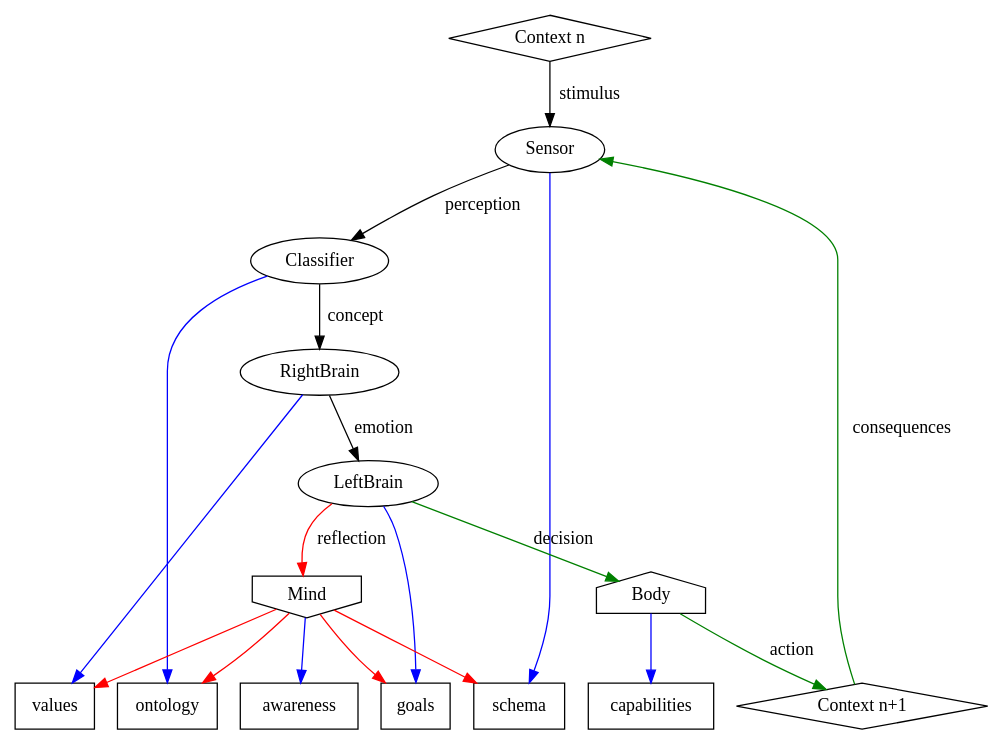
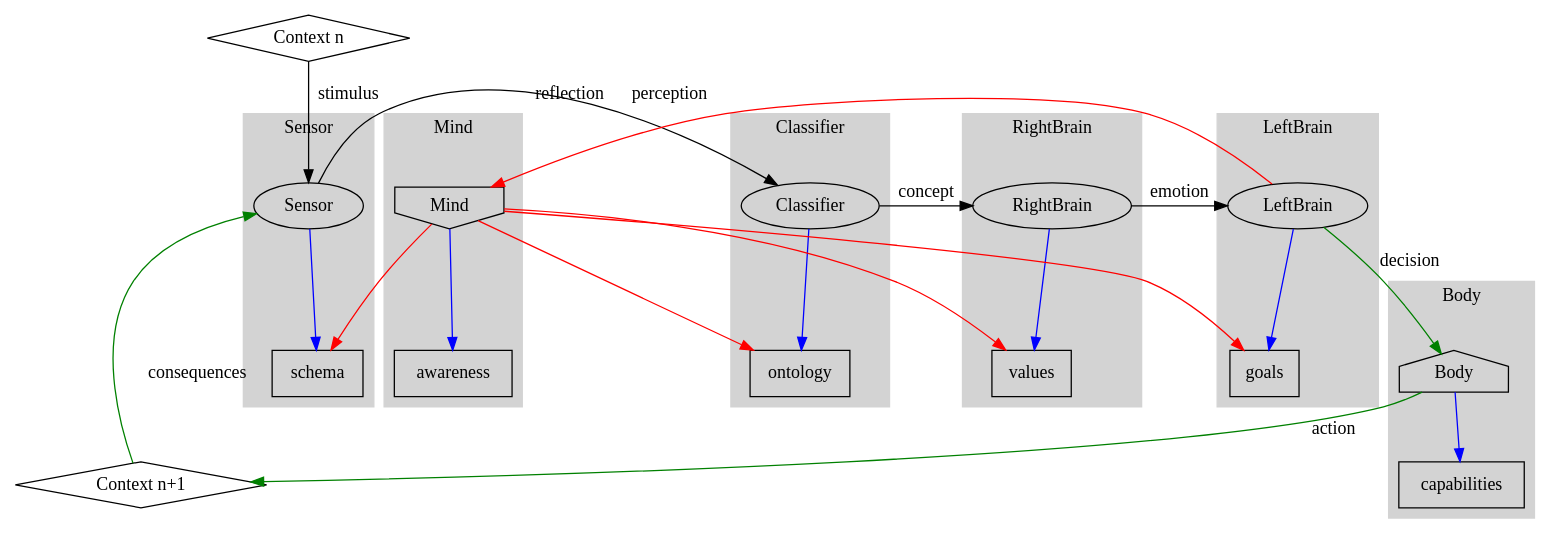
The diagram in doc/wisdom.DOT (TheSwanFactory/hclang), drawn with Graphviz before and after one commit. The commit also changed 1 other file, not shown here.

```diff
--- a/doc/wisdom.DOT
+++ b/doc/wisdom.DOT
@@ -1,41 +1,88 @@
 digraph WisdomIntegrationPipeline {
     rankdir=TB;
 
+    // Outer cluster for Context and Sensor
+    subgraph cluster_Sensor {
+        label = "Sensor";
+        style = "filled";
+        color = "lightgrey";
+
+        Sensor [label="Sensor"];
+        schema [label="schema", shape="box"];
+        Sensor -> schema [color="blue"];
+    }
+
+    // Outer cluster for Classifier and Ontology
+    subgraph cluster_Classifier {
+        label = "Classifier";
+        style = "filled";
+        color = "lightgrey";
+
+        Classifier [label="Classifier"];
+        ontology [label="ontology", shape="box"];
+        Classifier -> ontology [color="blue"];
+    }
+
+    // Outer cluster for RightBrain and Values
+    subgraph cluster_RightBrain {
+        label = "RightBrain";
+        style = "filled";
+        color = "lightgrey";
+
+        RightBrain [label="RightBrain"];
+        values [label="values", shape="box"];
+        RightBrain -> values [color="blue"];
+    }
+
+    // Outer cluster for LeftBrain and Goals
+    subgraph cluster_LeftBrain {
+        label = "LeftBrain";
+        style = "filled";
+        color = "lightgrey";
+
+        LeftBrain [label="LeftBrain"];
+        goals [label="goals", shape="box"];
+        LeftBrain -> goals [color="blue"];
+    }
+
+    // Outer cluster for Body and Capabilities
+    subgraph cluster_Body {
+        label = "Body";
+        style = "filled";
+        color = "lightgrey";
+
+        Body [label="Body", shape="house"];
+        capabilities [label="capabilities", shape="box"];
+        Body -> capabilities [color="blue"];
+    }
+
+    // Outer cluster for Mind and Awareness
+    subgraph cluster_Mind {
+        label = "Mind";
+        style = "filled";
+        color = "lightgrey";
+
+        Mind [label="Mind", shape="invhouse"];
+        awareness [label="awareness", shape="box"];
+        Mind -> awareness [color="blue"];
+    }
+
+    // Context and Edges
     Context_n [label="Context n", shape="diamond"];
     Context_n1 [label="Context n+1", shape="diamond"];
-    Sensor [label="Sensor"];
-    Classifier [label="Classifier"];
-    RightBrain [label="RightBrain"];
-    LeftBrain [label="LeftBrain"];
-    Body [label="Body", shape="house"];    
-    Mind [label="Mind", shape="invhouse"];
-
-    schema [shape="box"];
-    ontology [shape="box"];
-    values [shape="box"];
-    goals [shape="box"];
-    capabilities [shape="box"];
-    awareness [shape="box"];
 
     Context_n -> Sensor [label="stimulus"];
     Sensor -> Classifier [label="perception"];
     Classifier -> RightBrain [label="concept"];
     RightBrain -> LeftBrain [label="emotion"];
-
     LeftBrain -> Body [label="decision", color="green"];
     Body -> Context_n1 [label="action", color="green"];
     Context_n1 -> Sensor [label="consequences", color="green"];
 
+    // Reflection Edges
     LeftBrain -> Mind [label="reflection", color="red"];
     Mind -> schema [color="red"];
     Mind -> ontology [color="red"];
     Mind -> values [color="red"];
     Mind -> goals [color="red"];
-
-    Sensor -> schema [color="blue"];
-    Classifier -> ontology [color="blue"];
-    RightBrain -> values [color="blue"];
-    LeftBrain -> goals [color="blue"];
-    Body -> capabilities [color="blue"];
-    Mind -> awareness [color="blue"];
 }
```
